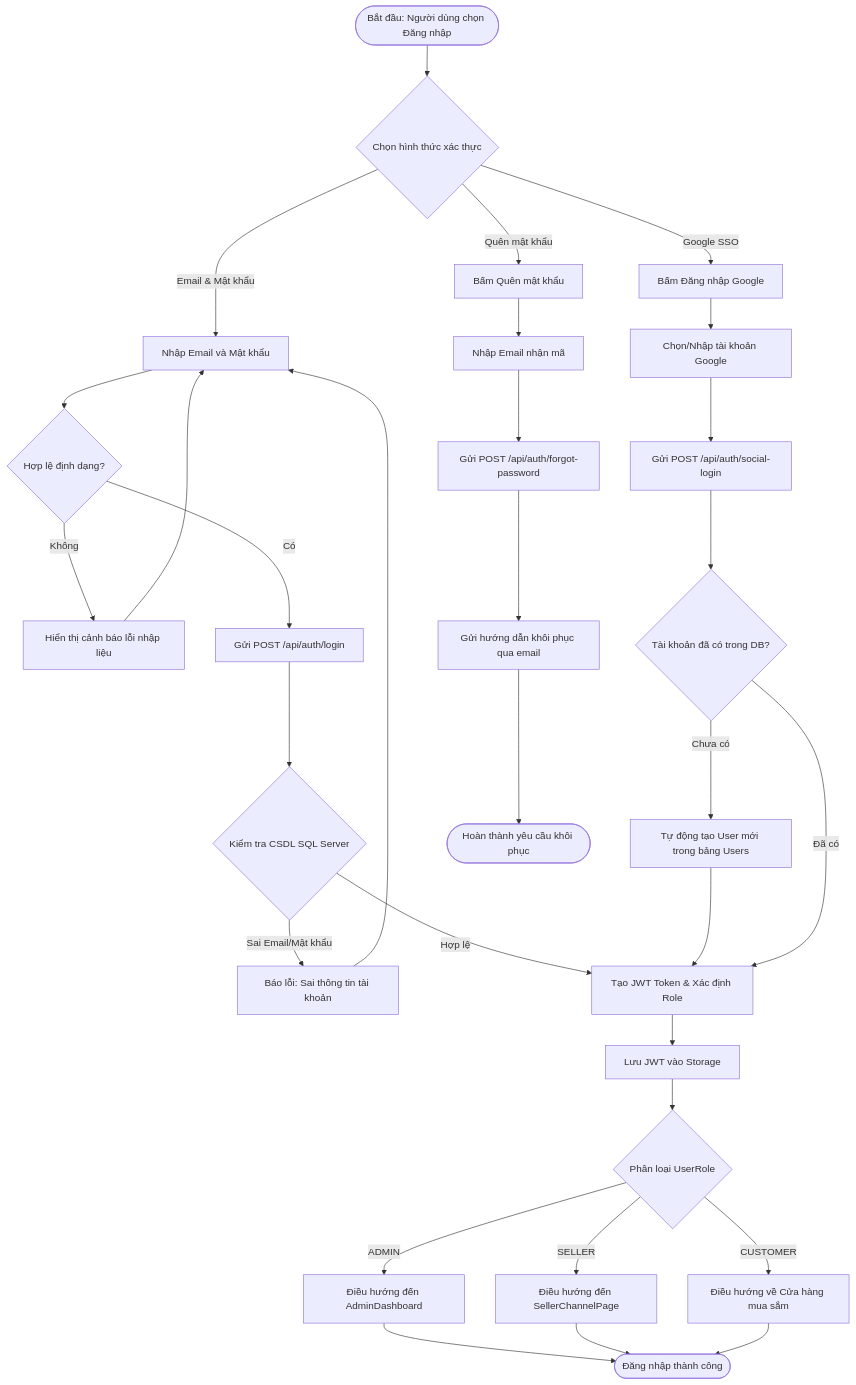
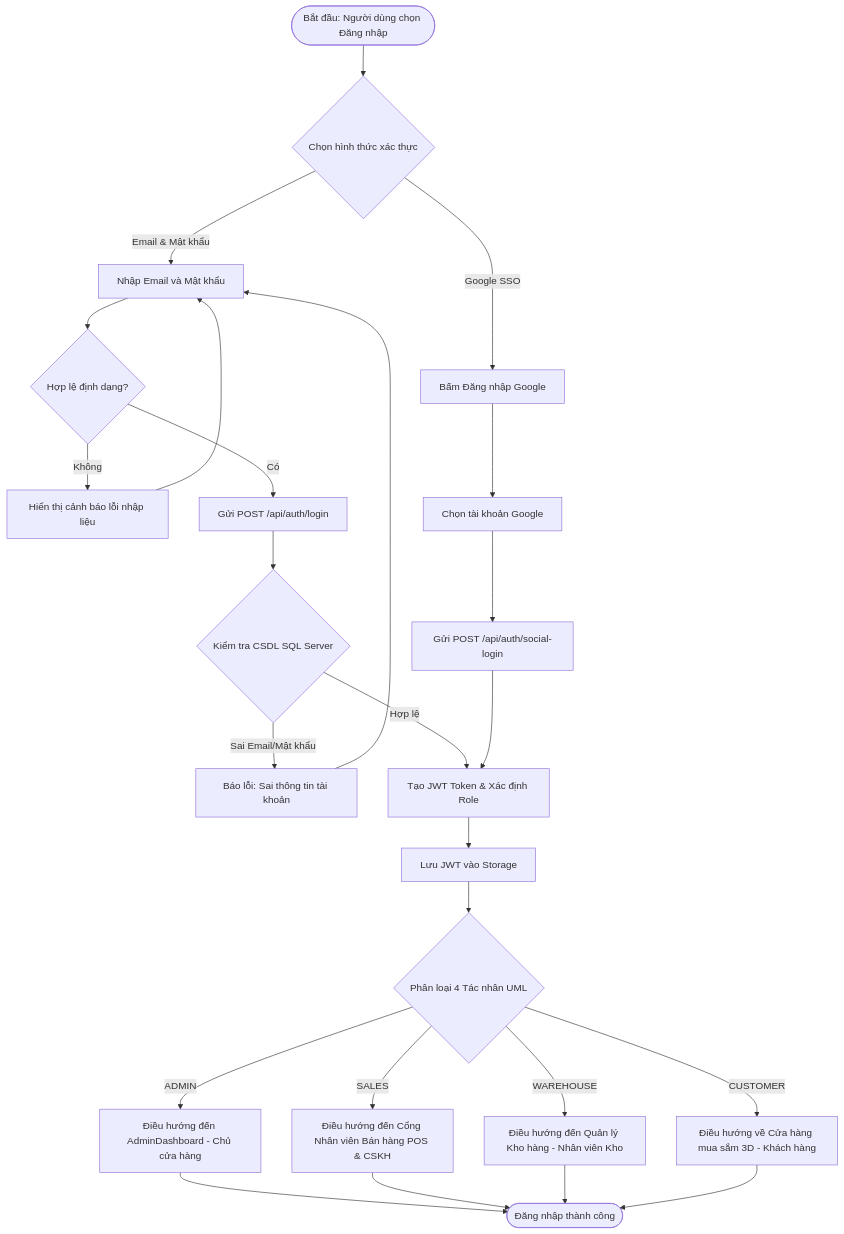
The second of 20 diagrams in docs/SRS_SZSHOP_SPECIFICATION.md (Khanhack11/-ng-d-ng-AI), drawn with Mermaid before and after one commit. The commit also changed other lines of this file and 53 other files, not shown here.

````diff
--- a/docs/SRS_SZSHOP_SPECIFICATION.md
+++ b/docs/SRS_SZSHOP_SPECIFICATION.md
@@ -229,34 +246,24 @@
 ```mermaid
 flowchart TD
     Start([Bắt đầu: Người dùng chọn Đăng nhập]) --> Choice{Chọn hình thức xác thực}
     
-    %% Luồng Email/Password
     Choice -- Email & Mật khẩu --> InputCreds[Nhập Email và Mật khẩu]
     InputCreds --> ValidateClient{Hợp lệ định dạng?}
     ValidateClient -- Không --> ShowErr1[Hiển thị cảnh báo lỗi nhập liệu] --> InputCreds
     ValidateClient -- Có --> SendAuthReq[Gửi POST /api/auth/login]
     SendAuthReq --> CheckDB{Kiểm tra CSDL SQL Server}
     CheckDB -- Sai Email/Mật khẩu --> ShowErr2[Báo lỗi: Sai thông tin tài khoản] --> InputCreds
     CheckDB -- Hợp lệ --> GenToken[Tạo JWT Token & Xác định Role]
     
-    %% Luồng Google SSO
     Choice -- Google SSO --> ClickGoogle[Bấm Đăng nhập Google]
-    ClickGoogle --> SelectAccount[Chọn/Nhập tài khoản Google]
+    ClickGoogle --> SelectAccount[Chọn tài khoản Google]
     SelectAccount --> SendGoogleReq[Gửi POST /api/auth/social-login]
-    SendGoogleReq --> CheckGoogleUser{Tài khoản đã có trong DB?}
-    CheckGoogleUser -- Chưa có --> AutoCreate[Tự động tạo User mới trong bảng Users] --> GenToken
-    CheckGoogleUser -- Đã có --> GenToken
-    
-    %% Luồng Quên mật khẩu
-    Choice -- Quên mật khẩu --> ClickForgot[Bấm Quên mật khẩu]
-    ClickForgot --> InputForgotMail[Nhập Email nhận mã]
-    InputForgotMail --> SendResetReq[Gửi POST /api/auth/forgot-password]
-    SendResetReq --> SendMailNotice[Gửi hướng dẫn khôi phục qua email] --> EndForgot([Hoàn thành yêu cầu khôi phục])
+    SendGoogleReq --> GenToken
 
-    %% Phân quyền giao diện
     GenToken --> SaveSession[Lưu JWT vào Storage]
-    SaveSession --> RouteRole{Phân loại UserRole}
-    RouteRole -- ADMIN --> NavAdmin[Điều hướng đến AdminDashboard] --> EndAuth([Đăng nhập thành công])
-    RouteRole -- SELLER --> NavSeller[Điều hướng đến SellerChannelPage] --> EndAuth
-    RouteRole -- CUSTOMER --> NavHome[Điều hướng về Cửa hàng mua sắm] --> EndAuth
+    SaveSession --> RouteRole{Phân loại 4 Tác nhân UML}
+    RouteRole -- ADMIN --> NavAdmin[Điều hướng đến AdminDashboard - Chủ cửa hàng] --> EndAuth([Đăng nhập thành công])
+    RouteRole -- SALES --> NavSales[Điều hướng đến Cổng Nhân viên Bán hàng POS & CSKH] --> EndAuth
+    RouteRole -- WAREHOUSE --> NavWarehouse[Điều hướng đến Quản lý Kho hàng - Nhân viên Kho] --> EndAuth
+    RouteRole -- CUSTOMER --> NavHome[Điều hướng về Cửa hàng mua sắm 3D - Khách hàng] --> EndAuth
 ```
````
